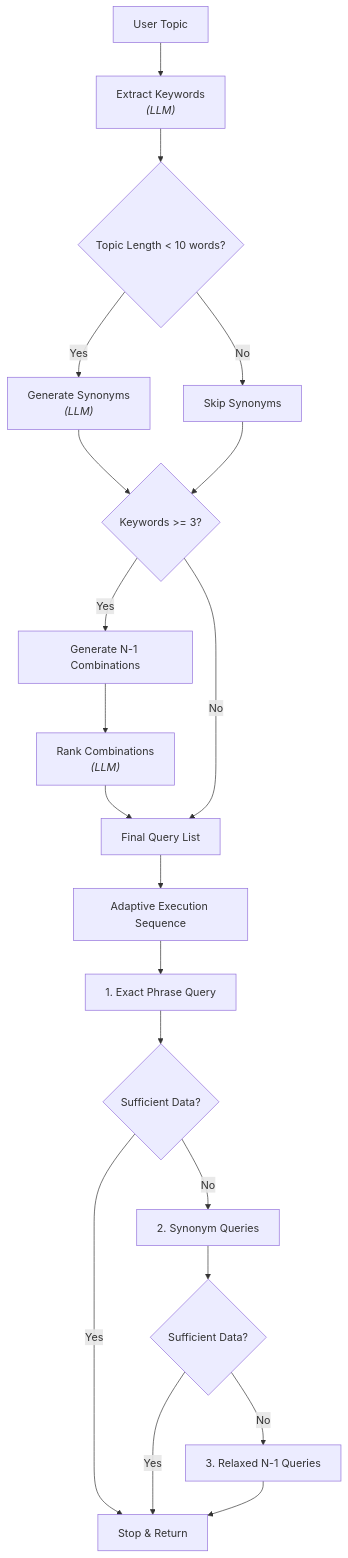
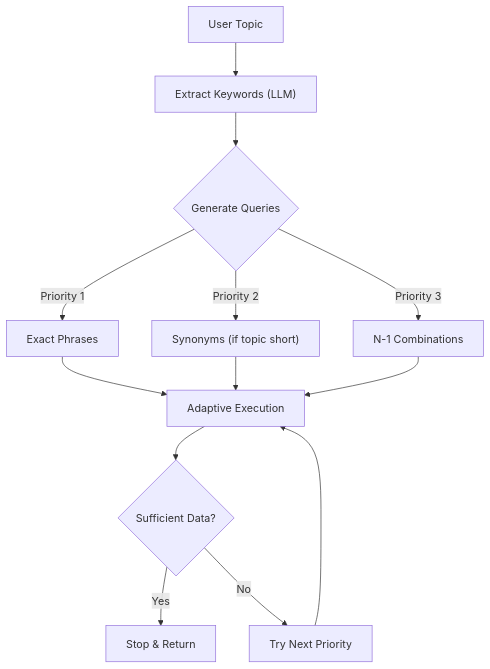
One commit to eastsea17/VirtualTechExperts_RAG_Ollama changed the second of 2 diagrams in README.md. Above: the diagram before and after it, drawn with Mermaid. The commit also changed 2 other files, not shown here.

Commit message:
update codes

````diff
--- a/README.md
+++ b/README.md
@@ -170,27 +170,16 @@
 ```mermaid
 graph TD
-    Start[User Topic] --> Ext["Extract Keywords <br/><i>(LLM)</i>"]
-    Ext --> NodeCount{Topic Length < 10 words?}
+    Start[User Topic] --> Ext["Extract Keywords (LLM)"]
+    Ext --> Gen{Generate Queries}
     
-    NodeCount -->|Yes| Syn["Generate Synonyms <br/><i>(LLM)</i>"]
-    NodeCount -->|No| SkipSyn[Skip Synonyms]
+    Gen -->|Priority 1| Exact["Exact Phrases"]
+    Gen -->|Priority 2| Syn["Synonyms (if topic short)"]
+    Gen -->|Priority 3| Relax["N-1 Combinations"]
     
-    Syn --> ComboCheck{Keywords >= 3?}
-    SkipSyn --> ComboCheck
+    Exact & Syn & Relax --> Exec[Adaptive Execution]
     
-    ComboCheck -->|Yes| Combinations[Generate N-1 Combinations]
-    Combinations --> Rank["Rank Combinations <br/><i>(LLM)</i>"]
-    Rank --> FinalList
-    
-    ComboCheck -->|No| FinalList[Final Query List]
-    
-    FinalList --> Execution[Adaptive Execution Sequence]
-    Execution --> Q1[1. Exact Phrase Query]
-    Q1 --> Check1{Sufficient Data?}
-    Check1 -->|Yes| Stop[Stop & Return]
-    Check1 -->|No| Q2[2. Synonym Queries]
-    Q2 --> Check2{Sufficient Data?}
-    Check2 -->|Yes| Stop
-    Check2 -->|No| Q3[3. Relaxed N-1 Queries]
-    Q3 --> Stop
+    Exec --> Check{Sufficient Data?}
+    Check -->|Yes| End[Stop & Return]
+    Check -->|No| Next[Try Next Priority]
+    Next --> Exec
 ```
````
